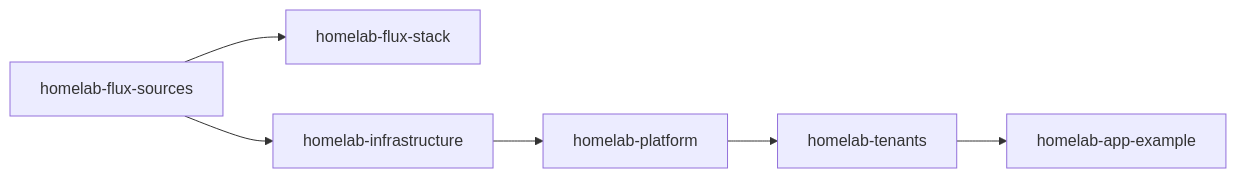
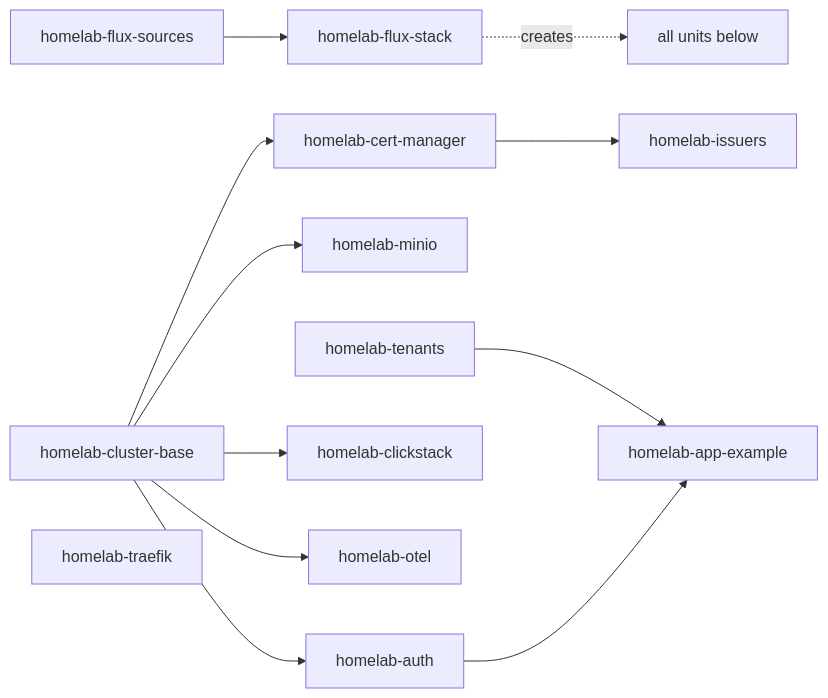
The diagram in docs/architecture.md (samclement/swhurl-platform), drawn with Mermaid before and after one commit. The commit also changed other lines of this file and 13 other files, not shown here.

First line of the commit message:
feat: PR03 split Flux into capability units

````diff
--- a/docs/architecture.md
+++ b/docs/architecture.md
@@ -41,8 +41,13 @@
 ```mermaid
 flowchart LR
-  source[homelab-flux-sources] --> stack[homelab-flux-stack]
-  source --> infra[homelab-infrastructure]
-  infra --> platform[homelab-platform]
-  platform --> tenants[homelab-tenants]
-  tenants --> example[homelab-app-example]
+  sources[homelab-flux-sources] --> stack[homelab-flux-stack]
+  stack -. creates .-> units[all units below]
+  base[homelab-cluster-base] --> cm[homelab-cert-manager] --> issuers[homelab-issuers]
+  base --> minio[homelab-minio]
+  base --> auth[homelab-auth]
+  base --> clickstack[homelab-clickstack]
+  base --> otel[homelab-otel]
+  traefik[homelab-traefik]
+  tenants[homelab-tenants] --> example[homelab-app-example]
+  auth --> example
 ```
````
